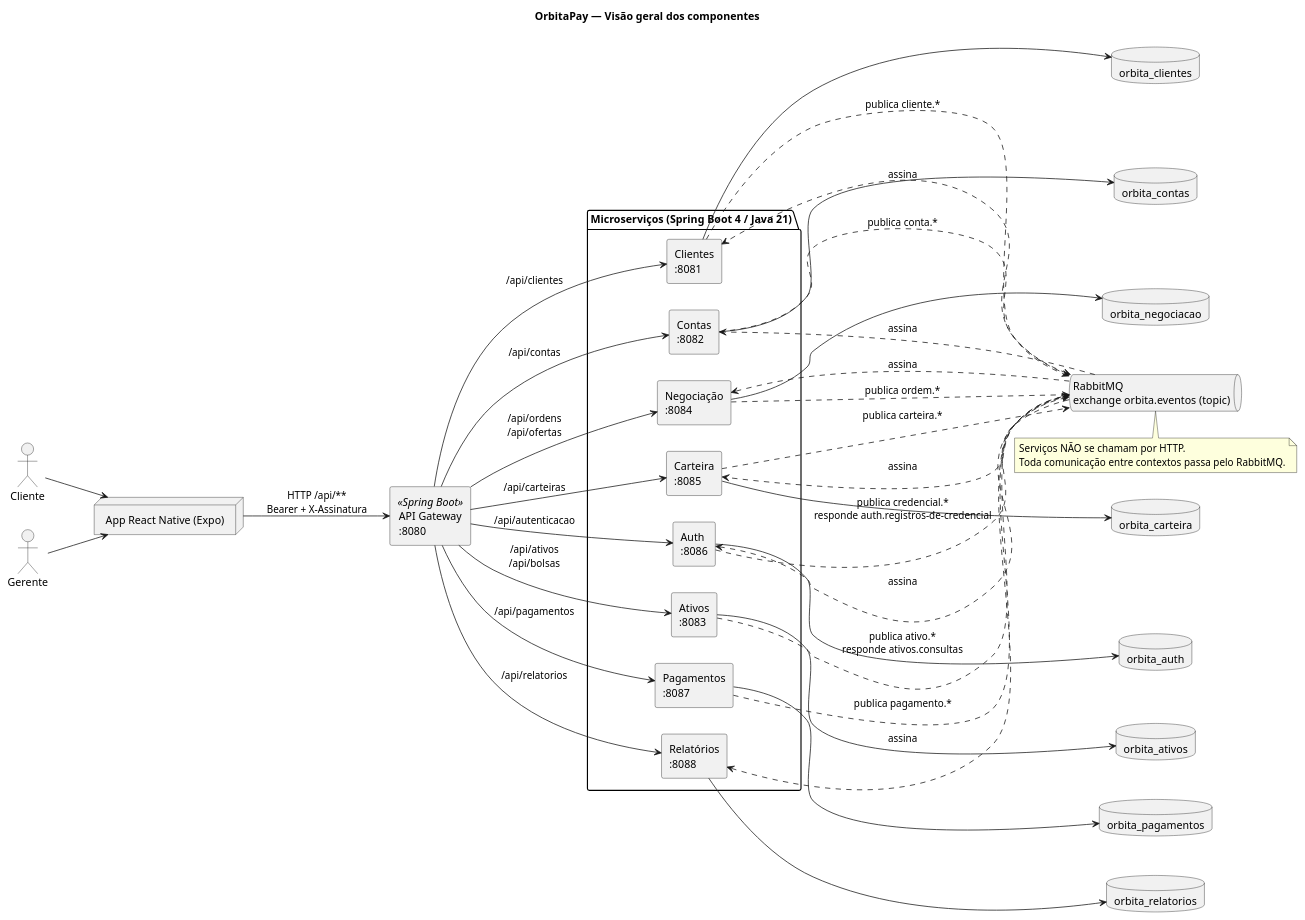
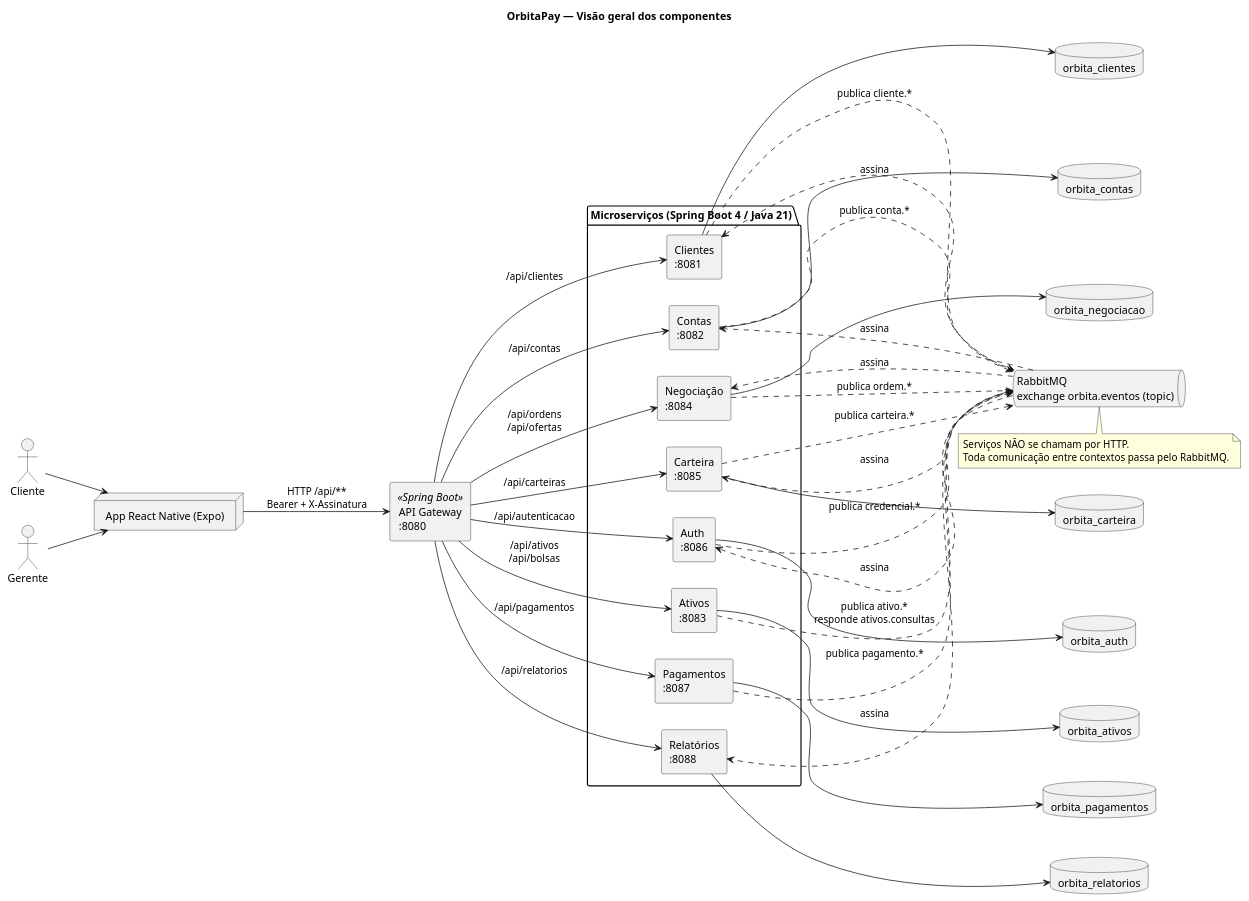
Before and after one commit to Endrigogustavo/OrbitaPay: the diagram in docs/plantuml/01-visao-geral.puml, drawn with PlantUML. The commit also changed 53 other files, not shown here.

```diff
--- a/docs/plantuml/01-visao-geral.puml
+++ b/docs/plantuml/01-visao-geral.puml
@@ -1,79 +1,79 @@
 @startuml 01-visao-geral
 title OrbitaPay — Visão geral dos componentes
 
 skinparam componentStyle rectangle
 skinparam shadowing false
 skinparam defaultFontName "Segoe UI"
 left to right direction
 
 actor "Cliente" as cliente
 actor "Gerente" as gerente
 
 node "App React Native (Expo)" as app
 
 component "API Gateway\n:8080" as gw <<Spring Boot>>
 
 package "Microserviços (Spring Boot 4 / Java 21)" {
   component "Auth\n:8086" as aut
   component "Clientes\n:8081" as cli
   component "Contas\n:8082" as con
   component "Ativos\n:8083" as atv
   component "Negociação\n:8084" as neg
   component "Carteira\n:8085" as car
   component "Pagamentos\n:8087" as pag
   component "Relatórios\n:8088" as rel
 }
 
 database "orbita_auth" as dbaut
 database "orbita_clientes" as dbcli
 database "orbita_contas" as dbcon
 database "orbita_ativos" as dbatv
 database "orbita_negociacao" as dbneg
 database "orbita_carteira" as dbcar
 database "orbita_pagamentos" as dbpag
 database "orbita_relatorios" as dbrel
 
 queue "RabbitMQ\nexchange orbita.eventos (topic)" as mq
 
 cliente --> app
 gerente --> app
 app --> gw : HTTP /api/**\nBearer + X-Assinatura
 
 gw --> aut : /api/autenticacao
 gw --> cli : /api/clientes
 gw --> con : /api/contas
 gw --> atv : /api/ativos\n/api/bolsas
 gw --> neg : /api/ordens\n/api/ofertas
 gw --> car : /api/carteiras
 gw --> pag : /api/pagamentos
 gw --> rel : /api/relatorios
 
 aut --> dbaut
 cli --> dbcli
 con --> dbcon
 atv --> dbatv
 neg --> dbneg
 car --> dbcar
 pag --> dbpag
 rel --> dbrel
 
-aut ..> mq : publica credencial.*\nresponde auth.registros-de-credencial
+aut ..> mq : publica credencial.*
 cli ..> mq : publica cliente.*
 atv ..> mq : publica ativo.*\nresponde ativos.consultas
 neg ..> mq : publica ordem.*
 con ..> mq : publica conta.*
 car ..> mq : publica carteira.*
 pag ..> mq : publica pagamento.*
 
 mq ..> aut : assina
 mq ..> cli : assina
 mq ..> con : assina
 mq ..> neg : assina
 mq ..> car : assina
 mq ..> rel : assina
 
 note bottom of mq
   Serviços NÃO se chamam por HTTP.
   Toda comunicação entre contextos passa pelo RabbitMQ.
 end note
 @enduml
```
